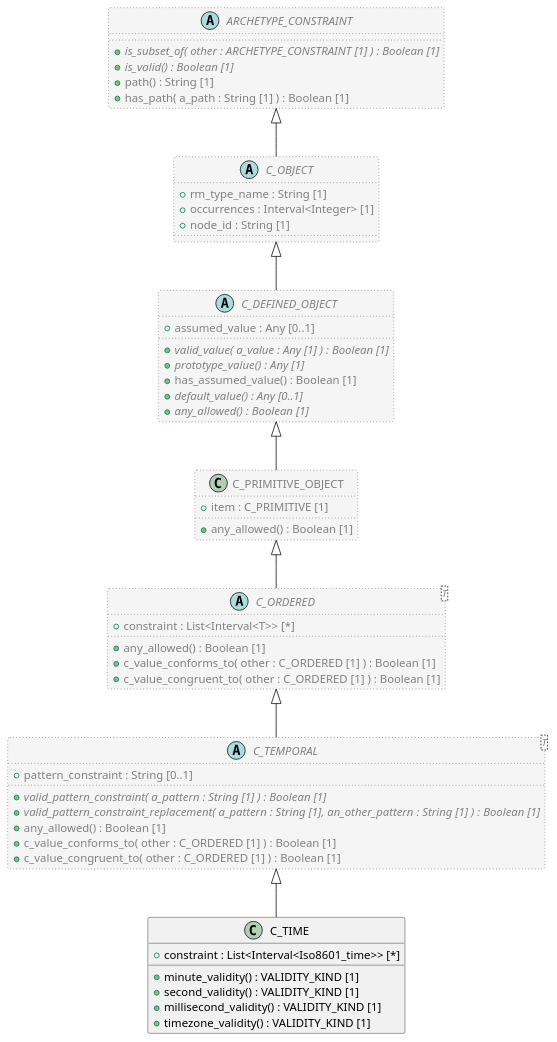
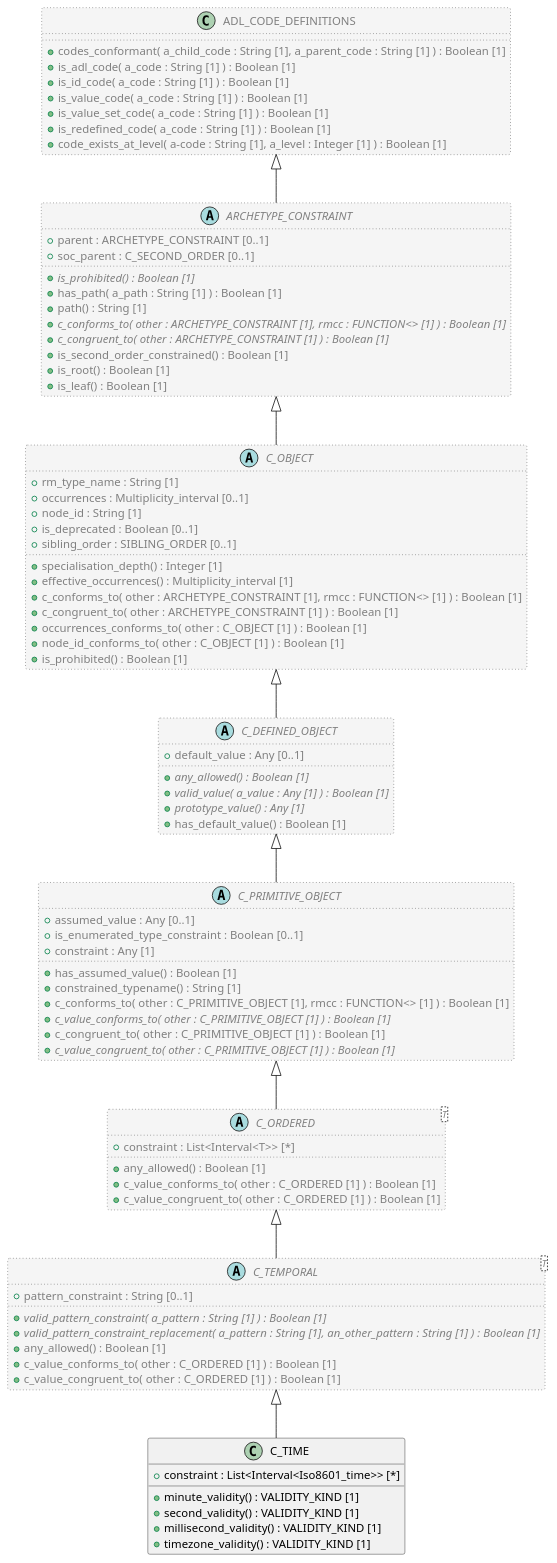
One commit to sebastian-iancu/code-generator changed the diagram in code/Adoc/openehr_am_2.2.0/plantUML/classes/org.openehr.am.aom2.c_time.adoc. Above: the diagram before and after it, drawn with PlantUML. The commit also changed 719 other files, not shown here.

```diff
--- a/code/Adoc/openehr_am_2.2.0/plantUML/classes/org.openehr.am.aom2.c_time.adoc
+++ b/code/Adoc/openehr_am_2.2.0/plantUML/classes/org.openehr.am.aom2.c_time.adoc
@@ -26,32 +26,65 @@
   + c_value_congruent_to( other : C_ORDERED [1] ) : Boolean [1]
 }
 
-class C_PRIMITIVE_OBJECT  #whitesmoke;line:gray;line.dotted;text:gray {
-  + item : C_PRIMITIVE [1]
-  + any_allowed() : Boolean [1]
+abstract class C_PRIMITIVE_OBJECT  #whitesmoke;line:gray;line.dotted;text:gray {
+  + assumed_value : Any [0..1]
+  + is_enumerated_type_constraint : Boolean [0..1]
+  + constraint : Any [1]
+  + has_assumed_value() : Boolean [1]
+  + constrained_typename() : String [1]
+  + c_conforms_to( other : C_PRIMITIVE_OBJECT [1], rmcc : FUNCTION<> [1] ) : Boolean [1]
+  + {abstract} c_value_conforms_to( other : C_PRIMITIVE_OBJECT [1] ) : Boolean [1]
+  + c_congruent_to( other : C_PRIMITIVE_OBJECT [1] ) : Boolean [1]
+  + {abstract} c_value_congruent_to( other : C_PRIMITIVE_OBJECT [1] ) : Boolean [1]
 }
 
 abstract class C_DEFINED_OBJECT  #whitesmoke;line:gray;line.dotted;text:gray {
-  + assumed_value : Any [0..1]
+  + default_value : Any [0..1]
+  + {abstract} any_allowed() : Boolean [1]
   + {abstract} valid_value( a_value : Any [1] ) : Boolean [1]
   + {abstract} prototype_value() : Any [1]
-  + has_assumed_value() : Boolean [1]
-  + {abstract} default_value() : Any [0..1]
-  + {abstract} any_allowed() : Boolean [1]
+  + has_default_value() : Boolean [1]
 }
 
 abstract class C_OBJECT  #whitesmoke;line:gray;line.dotted;text:gray {
   + rm_type_name : String [1]
-  + occurrences : Interval<Integer> [1]
+  + occurrences : Multiplicity_interval [0..1]
   + node_id : String [1]
+  + is_deprecated : Boolean [0..1]
+  + sibling_order : SIBLING_ORDER [0..1]
+  + specialisation_depth() : Integer [1]
+  + effective_occurrences() : Multiplicity_interval [1]
+  + c_conforms_to( other : ARCHETYPE_CONSTRAINT [1], rmcc : FUNCTION<> [1] ) : Boolean [1]
+  + c_congruent_to( other : ARCHETYPE_CONSTRAINT [1] ) : Boolean [1]
+  + occurrences_conforms_to( other : C_OBJECT [1] ) : Boolean [1]
+  + node_id_conforms_to( other : C_OBJECT [1] ) : Boolean [1]
+  + is_prohibited() : Boolean [1]
 }
 
 abstract class ARCHETYPE_CONSTRAINT  #whitesmoke;line:gray;line.dotted;text:gray {
-  + {abstract} is_subset_of( other : ARCHETYPE_CONSTRAINT [1] ) : Boolean [1]
-  + {abstract} is_valid() : Boolean [1]
+  + parent : ARCHETYPE_CONSTRAINT [0..1]
+  + soc_parent : C_SECOND_ORDER [0..1]
+  + {abstract} is_prohibited() : Boolean [1]
+  + has_path( a_path : String [1] ) : Boolean [1]
   + path() : String [1]
-  + has_path( a_path : String [1] ) : Boolean [1]
+  + {abstract} c_conforms_to( other : ARCHETYPE_CONSTRAINT [1], rmcc : FUNCTION<> [1] ) : Boolean [1]
+  + {abstract} c_congruent_to( other : ARCHETYPE_CONSTRAINT [1] ) : Boolean [1]
+  + is_second_order_constrained() : Boolean [1]
+  + is_root() : Boolean [1]
+  + is_leaf() : Boolean [1]
 }
+
+class ADL_CODE_DEFINITIONS  #whitesmoke;line:gray;line.dotted;text:gray {
+  + codes_conformant( a_child_code : String [1], a_parent_code : String [1] ) : Boolean [1]
+  + is_adl_code( a_code : String [1] ) : Boolean [1]
+  + is_id_code( a_code : String [1] ) : Boolean [1]
+  + is_value_code( a_code : String [1] ) : Boolean [1]
+  + is_value_set_code( a_code : String [1] ) : Boolean [1]
+  + is_redefined_code( a_code : String [1] ) : Boolean [1]
+  + code_exists_at_level( a-code : String [1], a_level : Integer [1] ) : Boolean [1]
+}
+
+ADL_CODE_DEFINITIONS <|-- ARCHETYPE_CONSTRAINT
 
 ARCHETYPE_CONSTRAINT <|-- C_OBJECT
 
```
